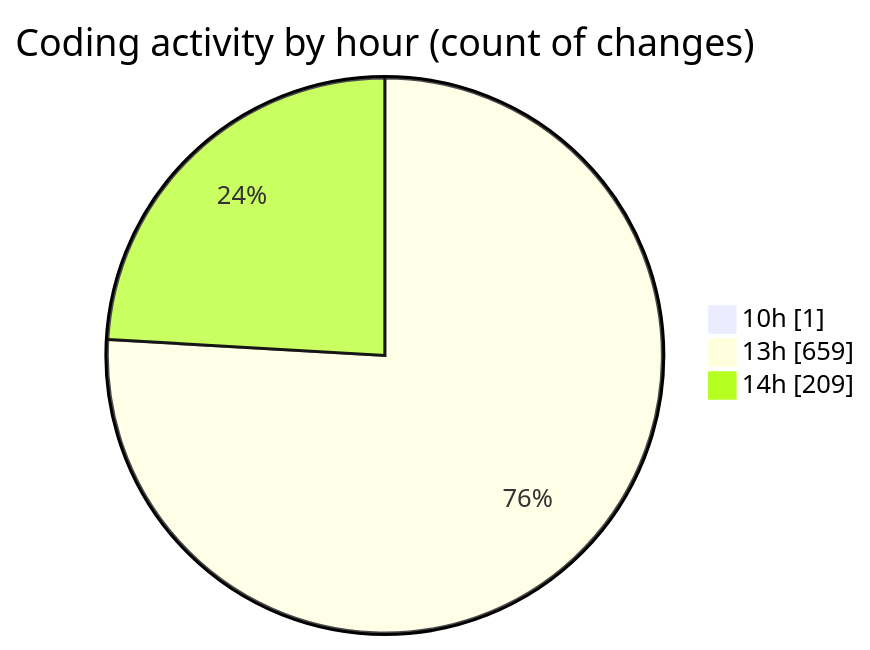
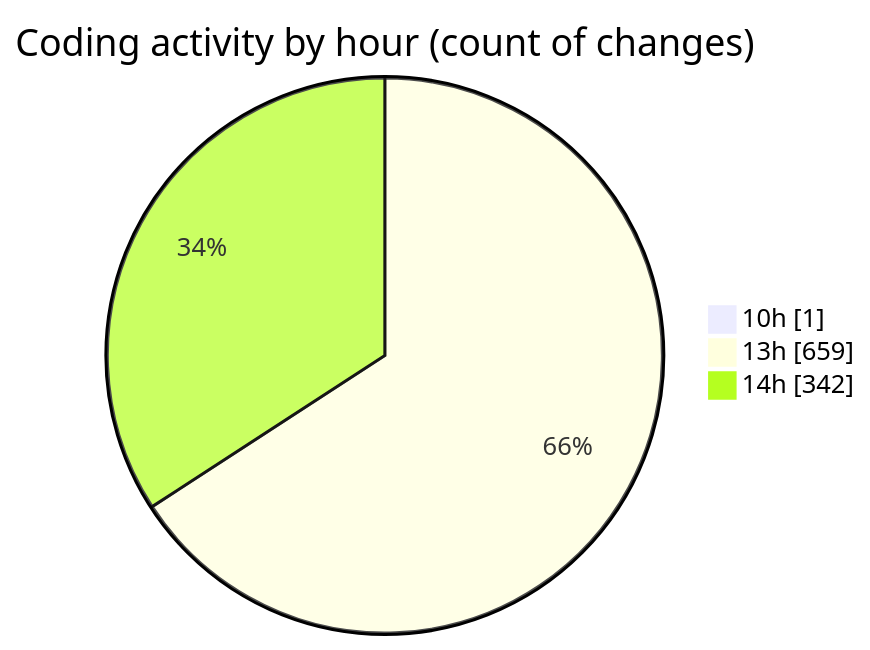
Before and after one commit to nxtqubesakshisongat/code-tracking: the second of 2 diagrams in 2025-05-28/nxtqube_webapp/README.md, drawn with Mermaid. The commit also changed other lines of this file and 1 other file, not shown here.

````diff
--- a/2025-05-28/nxtqube_webapp/README.md
+++ b/2025-05-28/nxtqube_webapp/README.md
@@ -31,7 +31,7 @@
 ```mermaid
 pie showData
 title Coding activity by hour (count of changes)
 "10h" : 1
 "13h" : 659
-"14h" : 209
+"14h" : 342
 ```
````
